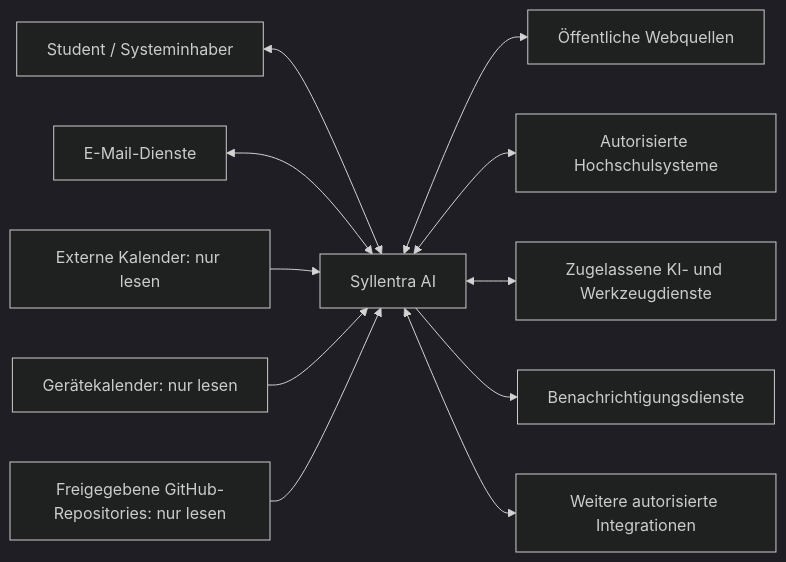
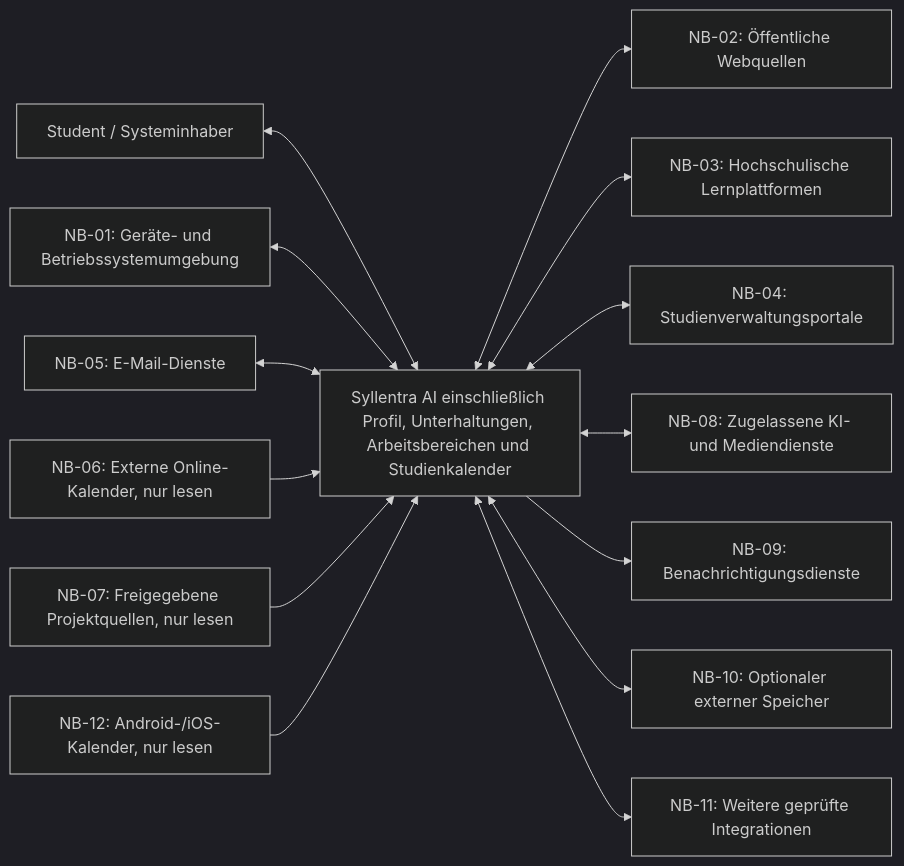
The diagram in docs/spec/P2-architekturueberblick.md (Viny005/syllentra), drawn with Mermaid (dark theme) before and after one commit. The commit also changed other lines of this file and 1 other file, not shown here.

````diff
--- a/docs/spec/P2-architekturueberblick.md
+++ b/docs/spec/P2-architekturueberblick.md
@@ -47,13 +54,16 @@
 ```mermaid
 flowchart LR
-    U["Student / Systeminhaber"] <--> SYS["Syllentra AI"]
-    SYS <--> WEB["Öffentliche Webquellen"]
-    SYS <--> UNI["Autorisierte Hochschulsysteme"]
-    MAIL["E-Mail-Dienste"] <--> SYS
-    EXT["Externe Kalender: nur lesen"] --> SYS
-    MOBILE["Gerätekalender: nur lesen"] --> SYS
-    GH["Freigegebene GitHub-Repositories: nur lesen"] --> SYS
-    SYS <--> TOOLS["Zugelassene KI- und Werkzeugdienste"]
-    SYS --> PUSH["Benachrichtigungsdienste"]
-    SYS <--> OTHER["Weitere autorisierte Integrationen"]
+    U["Student / Systeminhaber"] <--> SYS["Syllentra AI einschließlich Profil, Unterhaltungen, Arbeitsbereichen und Studienkalender"]
+    DEV["NB-01: Geräte- und Betriebssystemumgebung"] <--> SYS
+    SYS <--> WEB["NB-02: Öffentliche Webquellen"]
+    SYS <--> LMS["NB-03: Hochschulische Lernplattformen"]
+    SYS <--> UNI["NB-04: Studienverwaltungsportale"]
+    MAIL["NB-05: E-Mail-Dienste"] <--> SYS
+    EXT["NB-06: Externe Online-Kalender, nur lesen"] --> SYS
+    GH["NB-07: Freigegebene Projektquellen, nur lesen"] --> SYS
+    SYS <--> TOOLS["NB-08: Zugelassene KI- und Mediendienste"]
+    SYS --> PUSH["NB-09: Benachrichtigungsdienste"]
+    SYS <--> STORE["NB-10: Optionaler externer Speicher"]
+    SYS <--> OTHER["NB-11: Weitere geprüfte Integrationen"]
+    MOBILE["NB-12: Android-/iOS-Kalender, nur lesen"] --> SYS
 ```
````
